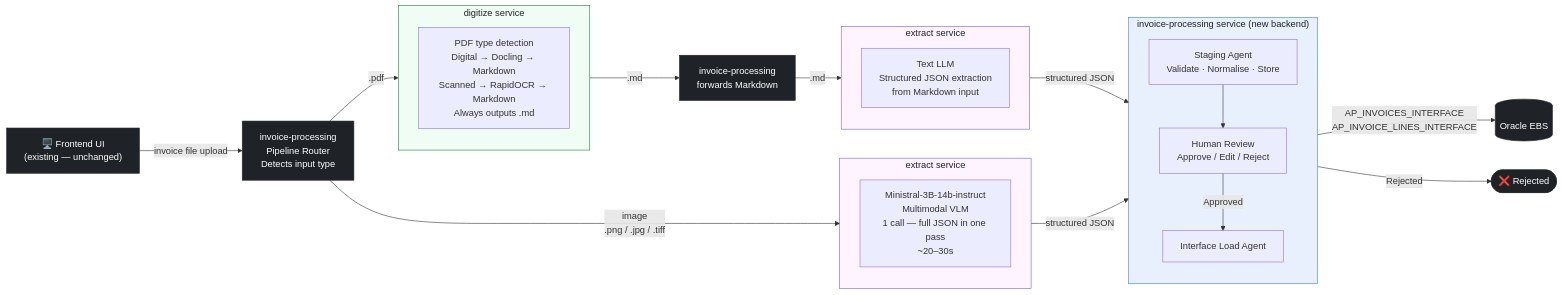
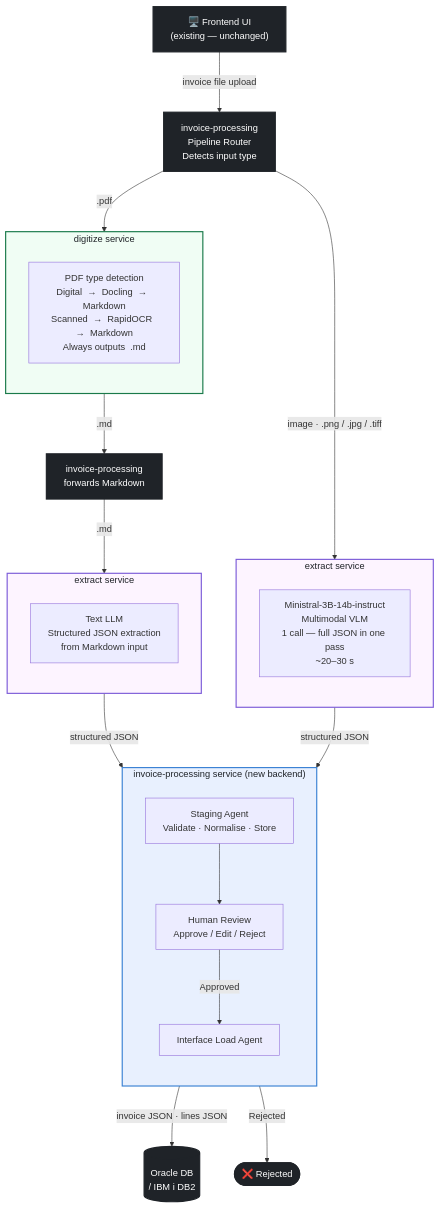
One commit to dharaneeshvrd/project-ai-services changed the diagram in docs/proposals/invoice-processing-onboarding-plan.md. Above: the diagram before and after it, drawn with Mermaid. The commit also changed other lines of this file, not shown here.

````diff
--- a/docs/proposals/invoice-processing-onboarding-plan.md
+++ b/docs/proposals/invoice-processing-onboarding-plan.md
@@ -22,60 +25,61 @@
 ```mermaid
-flowchart LR
+%%{init: {"flowchart": {"nodeSpacing": 60, "rankSpacing": 80, "fontSize": 18}} }%%
+flowchart TD
     %% ── INPUT ───────────────────────────────────────────────────
     UI["🖥️ Frontend UI\n(existing — unchanged)"]
     ROUTER["invoice-processing\nPipeline Router\nDetects input type"]
 
     UI -->|"invoice file upload"| ROUTER
 
     %% ── IMAGE PATH ──────────────────────────────────────────────
-    ROUTER -->|"image\n.png / .jpg / .tiff"| EXTRACT_VLM
+    ROUTER -->|"image  ·  .png / .jpg / .tiff"| EXTRACT_VLM
 
-    subgraph SVC_EXTRACT_VLM["extract service"]
+    subgraph SVC_EXTRACT_VLM["  extract service  "]
         direction TB
-        EXTRACT_VLM["Ministral-3B-14b-instruct\nMultimodal VLM\n1 call — full JSON in one pass\n~20–30s"]
+        EXTRACT_VLM["Ministral-3B-14b-instruct\nMultimodal VLM\n1 call — full JSON in one pass\n~20–30 s"]
     end
 
     %% ── PDF PATH ────────────────────────────────────────────────
     ROUTER -->|".pdf"| DIGITIZE
 
-    subgraph SVC_DIGITIZE["digitize service"]
+    subgraph SVC_DIGITIZE["  digitize service  "]
         direction TB
-        DIGITIZE["PDF type detection\nDigital → Docling → Markdown\nScanned → RapidOCR → Markdown\nAlways outputs .md"]
+        DIGITIZE["PDF type detection\nDigital  →  Docling  →  Markdown\nScanned  →  RapidOCR  →  Markdown\nAlways outputs  .md"]
     end
 
-    subgraph SVC_EXTRACT_TXT["extract service"]
+    subgraph SVC_EXTRACT_TXT["  extract service  "]
         direction TB
         EXTRACT_TXT["Text LLM\nStructured JSON extraction\nfrom Markdown input"]
     end
 
     DIGITIZE -->|".md"| IP_FWD["invoice-processing\nforwards Markdown"]
     IP_FWD -->|".md"| EXTRACT_TXT
 
     %% ── CONVERGENCE ─────────────────────────────────────────────
     EXTRACT_VLM -->|"structured JSON"| STAGING
     EXTRACT_TXT -->|"structured JSON"| STAGING
 
-    subgraph SVC_IP["invoice-processing service  (new backend)"]
+    subgraph SVC_IP["  invoice-processing service  (new backend)  "]
         direction TB
         STAGING["Staging Agent\nValidate · Normalise · Store"]
         REVIEW["Human Review\nApprove / Edit / Reject"]
         LOAD["Interface Load Agent"]
         STAGING --> REVIEW -->|"Approved"| LOAD
     end
 
-    LOAD -->|"AP_INVOICES_INTERFACE\nAP_INVOICE_LINES_INTERFACE"| ORACLE[("Oracle EBS")]
+    LOAD -->|"invoice JSON  ·  lines JSON"| ORACLE[("Oracle DB\n/ IBM i DB2")]
     REVIEW -->|"Rejected"| REJECTED(["❌ Rejected"])
 
     %% ── STYLES ──────────────────────────────────────────────────
-    classDef svc_ip       fill:#e8f0fe,color:#1f2328,stroke:#3b82d4
-    classDef svc_digitize fill:#f0fdf4,color:#1f2328,stroke:#1a7a4a
-    classDef svc_extract  fill:#fdf4ff,color:#1f2328,stroke:#7c5cd8
-    classDef ui           fill:#1f2328,color:#fff,stroke:#1f2328
-    classDef oracle       fill:#1f2328,color:#fff,stroke:#1f2328
+    classDef svc_ip       fill:#e8f0fe,color:#1f2328,stroke:#3b82d4,stroke-width:2px
+    classDef svc_digitize fill:#f0fdf4,color:#1f2328,stroke:#1a7a4a,stroke-width:2px
+    classDef svc_extract  fill:#fdf4ff,color:#1f2328,stroke:#7c5cd8,stroke-width:2px
+    classDef ui           fill:#1f2328,color:#fff,stroke:#1f2328,stroke-width:2px
+    classDef oracle       fill:#1f2328,color:#fff,stroke:#1f2328,stroke-width:2px
 
     class SVC_IP svc_ip
     class SVC_DIGITIZE svc_digitize
     class SVC_EXTRACT_VLM,SVC_EXTRACT_TXT svc_extract
     class UI,ROUTER,IP_FWD ui
     class ORACLE,REJECTED oracle
 ```
````
